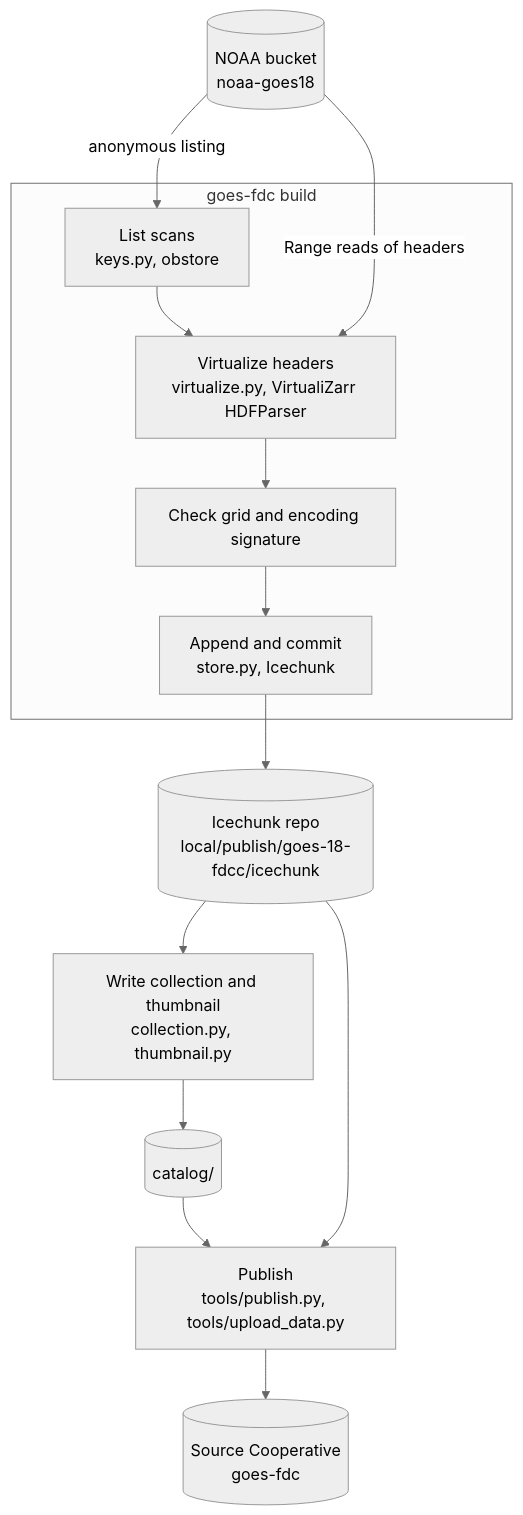
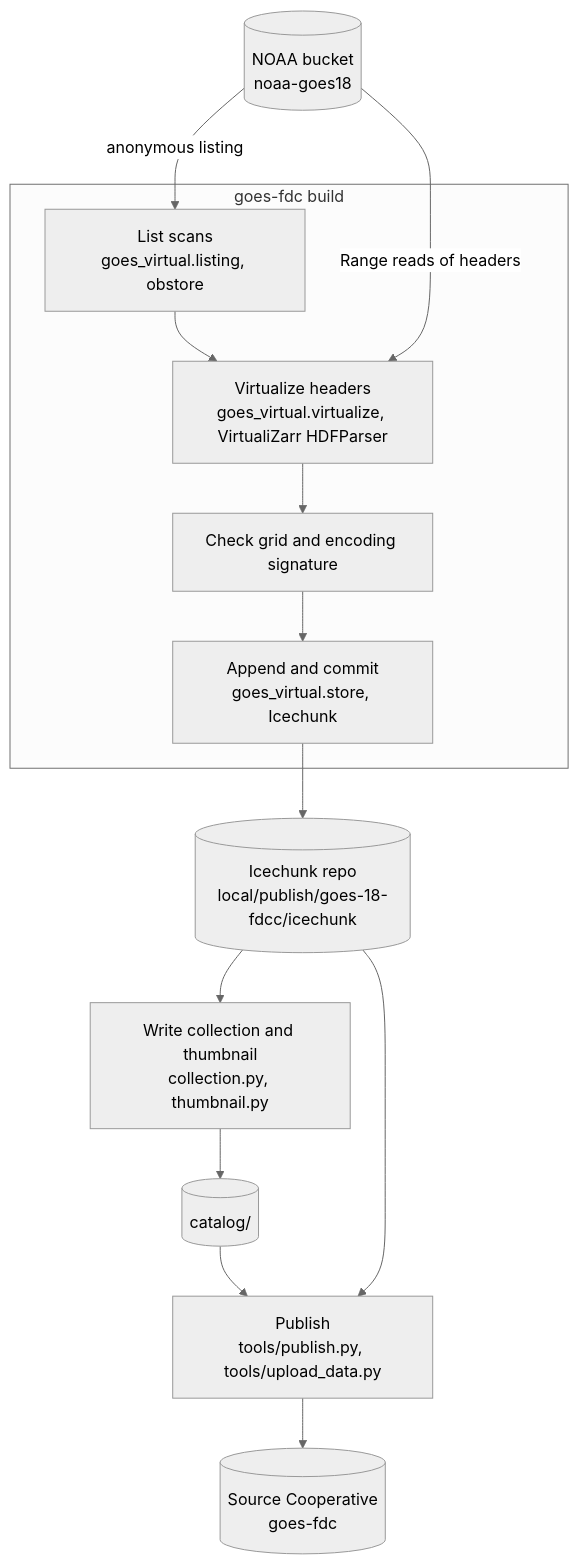
The diagram in docs/architecture.md (mmidzik/goes-fdc-catalog), drawn with Mermaid (neutral theme) before and after one commit. The commit also changed other lines of this file and 14 other files, not shown here.

First line of the commit message:
refactor: build the cube with the goes-virtual package

````diff
--- a/docs/architecture.md
+++ b/docs/architecture.md
@@ -60,26 +60,26 @@
 ```mermaid
 flowchart TD
     noaa[("NOAA bucket<br/>noaa-goes18")]
 
     subgraph build["goes-fdc build"]
-        list["List scans<br/>keys.py, obstore"]
-        virt["Virtualize headers<br/>virtualize.py, VirtualiZarr HDFParser"]
+        list["List scans<br/>goes_virtual.listing, obstore"]
+        virt["Virtualize headers<br/>goes_virtual.virtualize, VirtualiZarr HDFParser"]
         check["Check grid and encoding signature"]
-        append["Append and commit<br/>store.py, Icechunk"]
+        append["Append and commit<br/>goes_virtual.store, Icechunk"]
         list --> virt --> check --> append
     end
 
     store[("Icechunk repo<br/>local/publish/goes-18-fdcc/icechunk")]
     meta["Write collection and thumbnail<br/>collection.py, thumbnail.py"]
     cat[("catalog/")]
     publish["Publish<br/>tools/publish.py, tools/upload_data.py"]
     coop[("Source Cooperative<br/>goes-fdc")]
 
     noaa -- "anonymous listing" --> list
     noaa -- "Range reads of headers" --> virt
     append --> store
     store --> meta --> cat
     cat --> publish
     store --> publish
     publish --> coop
 ```
````
